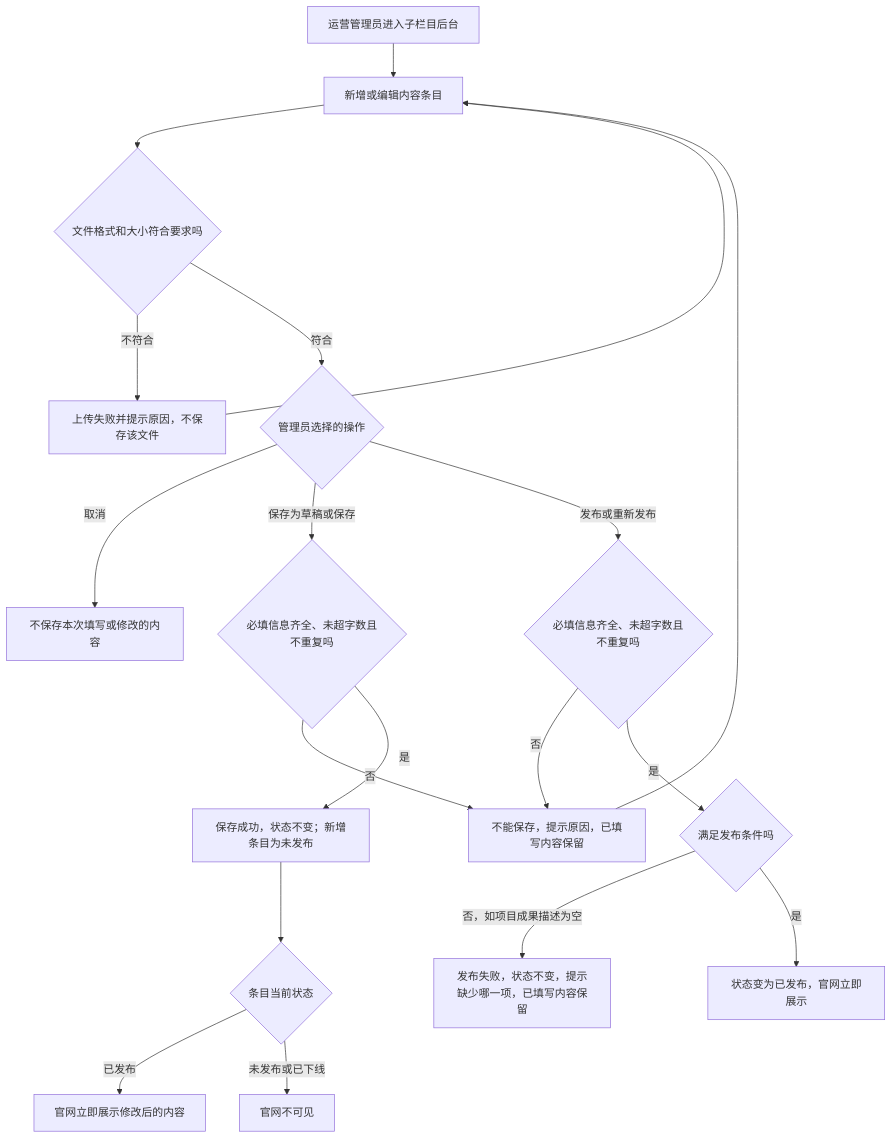
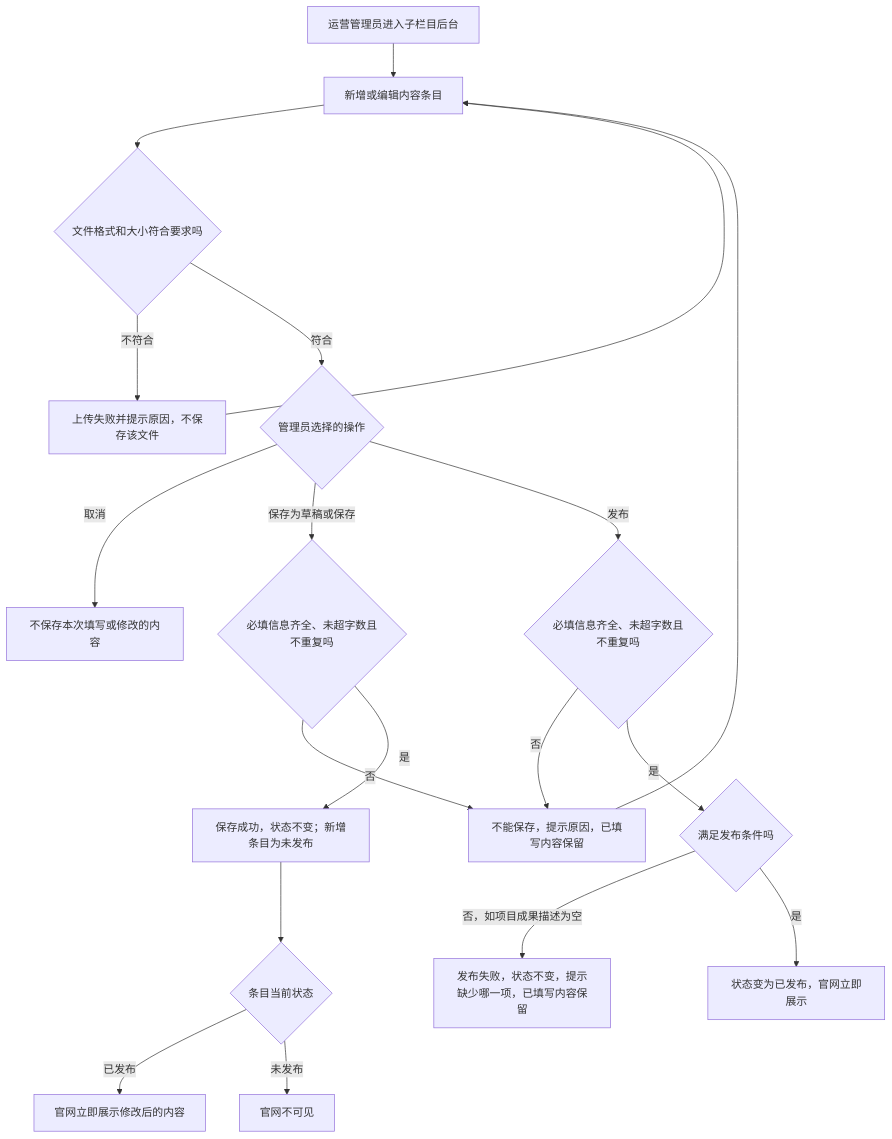
One commit to wxblockchain/luna changed the second of 4 diagrams in prd/info-disclosure/luna-info-disclosure-prd-02-flows.md. Above: the diagram before and after it, drawn with Mermaid. The commit also changed other lines of this file and 2 other files, not shown here.

````diff
--- a/prd/info-disclosure/luna-info-disclosure-prd-02-flows.md
+++ b/prd/info-disclosure/luna-info-disclosure-prd-02-flows.md
@@ -40,21 +40,21 @@
 ```mermaid
 flowchart TD
     A[运营管理员进入子栏目后台] --> B[新增或编辑内容条目]
     B --> C{文件格式和大小符合要求吗}
     C -->|不符合| D[上传失败并提示原因，不保存该文件]
     D --> B
     C -->|符合| P{管理员选择的操作}
     P -->|取消| Q[不保存本次填写或修改的内容]
     P -->|保存为草稿或保存| E{必填信息齐全、未超字数且不重复吗}
-    P -->|发布或重新发布| E2{必填信息齐全、未超字数且不重复吗}
+    P -->|发布| E2{必填信息齐全、未超字数且不重复吗}
     E -->|否| F[不能保存，提示原因，已填写内容保留]
     E2 -->|否| F
     F --> B
     E -->|是| G[保存成功，状态不变；新增条目为未发布]
     G --> H{条目当前状态}
     H -->|已发布| I[官网立即展示修改后的内容]
-    H -->|未发布或已下线| R[官网不可见]
+    H -->|未发布| R[官网不可见]
     E2 -->|是| K{满足发布条件吗}
     K -->|否，如项目成果描述为空| L[发布失败，状态不变，提示缺少哪一项，已填写内容保留]
     K -->|是| M[状态变为已发布，官网立即展示]
 ```
````
